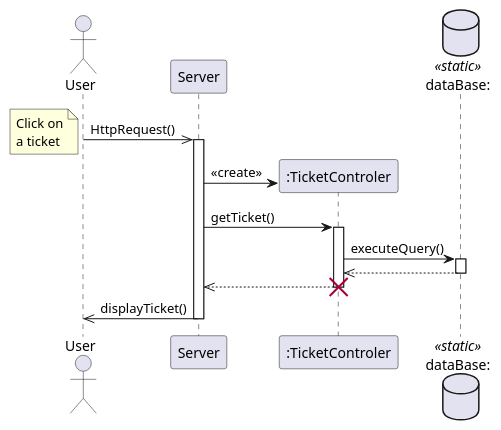
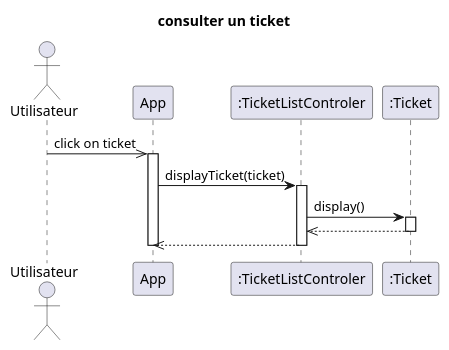
One commit to dorianleveque/CoHub changed the diagram in docs/UML/consulter un ticket.puml. Above: the diagram before and after it, drawn with PlantUML.

Commit message:
update consulter un ticket

```diff
--- a/docs/UML/consulter un ticket.puml
+++ b/docs/UML/consulter un ticket.puml
@@ -1,32 +1,26 @@
 @startuml consulter un ticket
+title consulter un ticket
 
-actor client as "User" order 1 
-participant server as "Server"   order 2
-database bdd as "dataBase:" <<static>> order 4
+actor client as "Utilisateur" order 1 
+participant app as "App" order 2 
+participant tlc as ":TicketListControler" order 3
+participant ticket as ":Ticket" order 4
 
-client ->> server : HttpRequest()
-activate server
-note left : Click on\na ticket
-create ticketCtrl as ":TicketControler" order 3
-server -> ticketCtrl : <<create>>
+client ->> app: click on ticket
+activate app
+app -> tlc: displayTicket(ticket)
+activate tlc
+tlc -> ticket: display()
+activate ticket
+tlc <<-- ticket
+deactivate ticket
+app <<-- tlc
+deactivate tlc
+deactivate app
 
-server -> ticketCtrl : getTicket()
-activate ticketCtrl
-
-ticketCtrl -> bdd : executeQuery()
-activate bdd
-bdd -->> ticketCtrl
-deactivate bdd
-
-ticketCtrl -->> server
-deactivate ticketCtrl
-destroy ticketCtrl
-
-server ->> client : displayTicket()
-deactivate server
 
 
 
 
 
 @enduml
```
